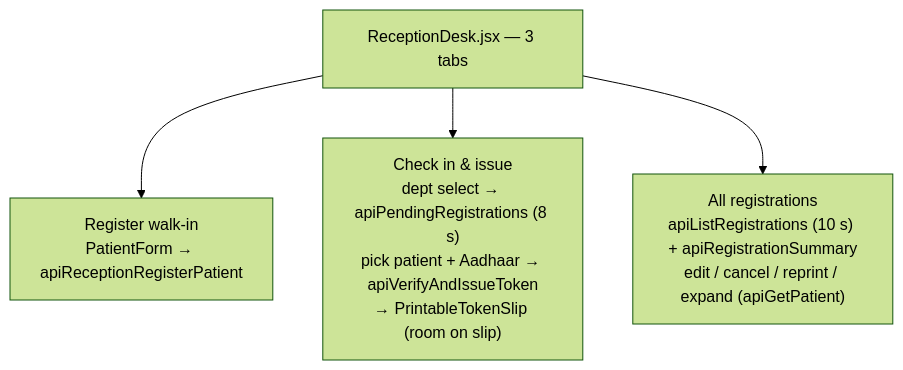
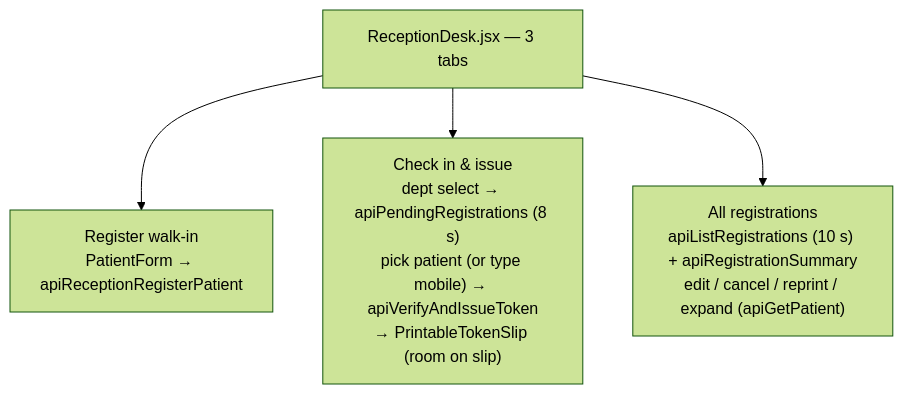
The eighth of 9 diagrams in docs/LLD-Frontend.md (kpr11/Hospital-queueless-Ticket), drawn with Mermaid (forest theme) before and after one commit. The commit also changed other lines of this file and 26 other files, not shown here.

````diff
--- a/docs/LLD-Frontend.md
+++ b/docs/LLD-Frontend.md
@@ -254,6 +254,6 @@
 ```mermaid
 flowchart TD
     RD["ReceptionDesk.jsx — 3 tabs"] --> T1["Register walk-in<br/>PatientForm → apiReceptionRegisterPatient"]
-    RD --> T2["Check in & issue<br/>dept select → apiPendingRegistrations (8 s)<br/>pick patient + Aadhaar → apiVerifyAndIssueToken<br/>→ PrintableTokenSlip (room on slip)"]
+    RD --> T2["Check in & issue<br/>dept select → apiPendingRegistrations (8 s)<br/>pick patient (or type mobile) → apiVerifyAndIssueToken<br/>→ PrintableTokenSlip (room on slip)"]
     RD --> T3["All registrations<br/>apiListRegistrations (10 s) + apiRegistrationSummary<br/>edit / cancel / reprint / expand (apiGetPatient)"]
 ```
````
